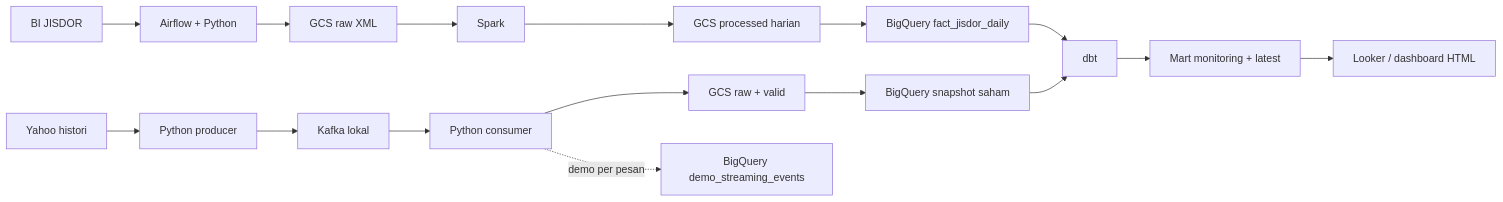
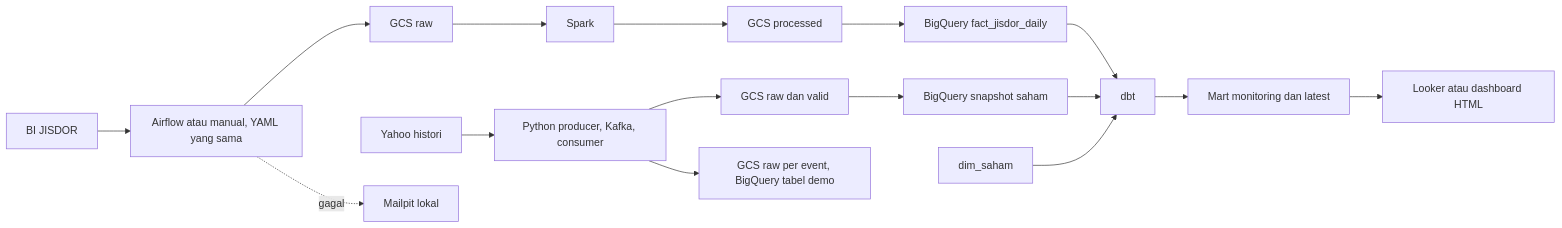
Before and after one commit to daudfernando/financial-market-idr-monitoring: the diagram in README.md, drawn with Mermaid. The commit also changed other lines of this file and 139 other files, not shown here.

````diff
--- a/README.md
+++ b/README.md
@@ -34,18 +20,18 @@
 ```mermaid
 flowchart LR
-  BI[BI JISDOR] --> A[Airflow + Python]
-  A --> RAW[GCS raw XML]
-  RAW --> SP[Spark]
-  SP --> GP[GCS processed harian]
-  GP --> FX[BigQuery fact_jisdor_daily]
-  Y[Yahoo histori] --> P[Python producer]
-  P --> K[Kafka lokal]
-  K --> C[Python consumer]
-  C --> G[GCS raw + valid]
-  G --> ST[BigQuery snapshot saham]
+  BI[BI JISDOR] --> B[Airflow atau manual, YAML yang sama]
+  B --> G[GCS raw]
+  G --> S[Spark]
+  S --> P[GCS processed]
+  P --> FX[BigQuery fact_jisdor_daily]
+  Y[Yahoo histori] --> K[Python producer, Kafka, consumer]
+  K --> R[GCS raw dan valid]
+  R --> ST[BigQuery snapshot saham]
+  K --> E[GCS raw per event, BigQuery tabel demo]
   FX --> D[dbt]
   ST --> D
-  D --> M[Mart monitoring + latest]
-  M --> L[Looker / dashboard HTML]
-  C -. demo per pesan .-> B[BigQuery demo_streaming_events]
+  DIM[dim_saham] --> D
+  D --> M[Mart monitoring dan latest]
+  M --> L[Looker atau dashboard HTML]
+  B -. gagal .-> MAIL[Mailpit lokal]
 ```
````
